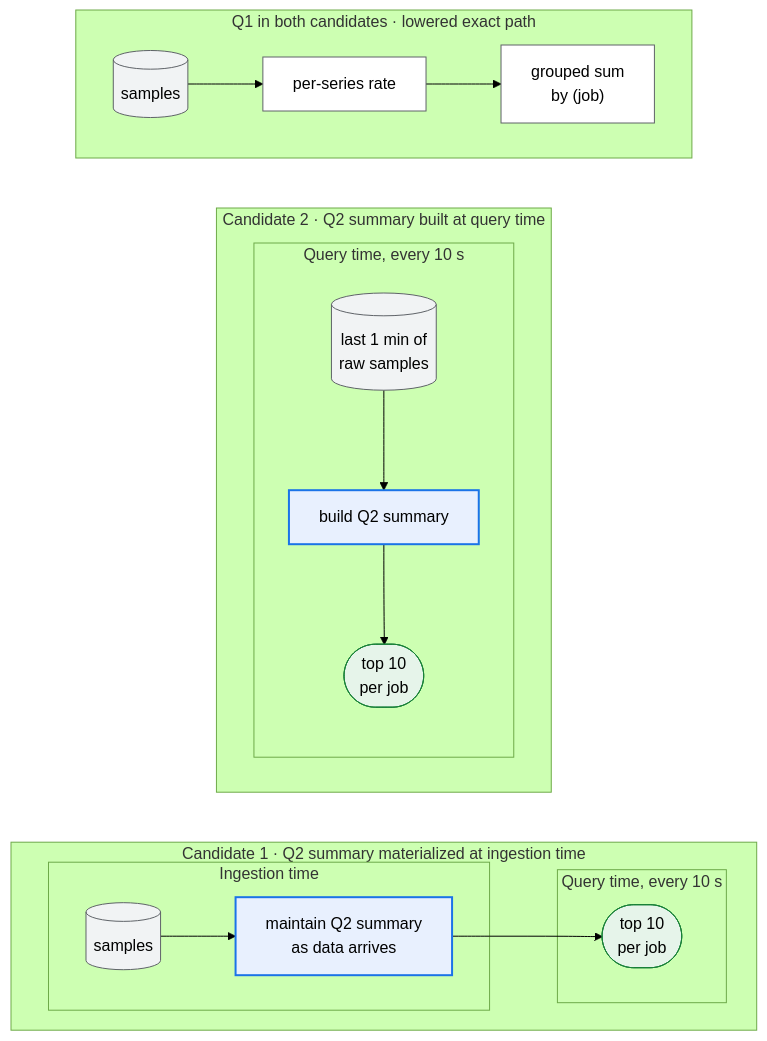
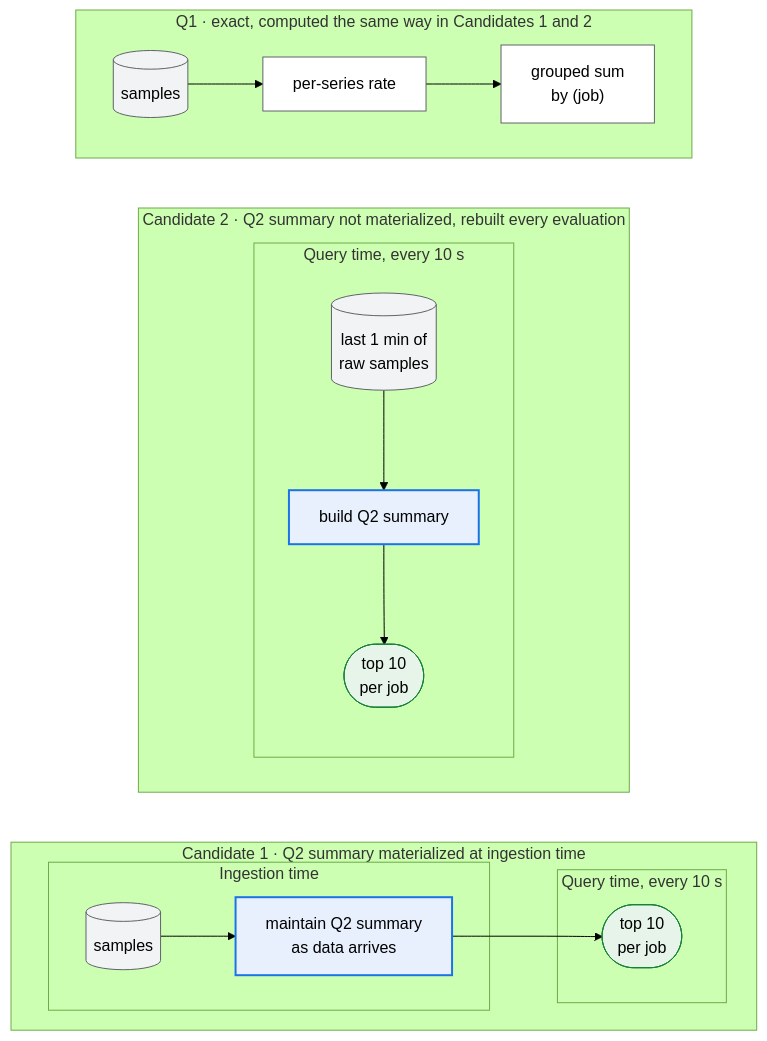
One commit to ProjectASAP/ASAPPlanner changed the fourth of 10 diagrams in docs/design_docs/proposals/planner-layering.md. Above: the diagram before and after it, drawn with Mermaid (forest theme). The commit also changed other lines of this file, not shown here.

````diff
--- a/docs/design_docs/proposals/planner-layering.md
+++ b/docs/design_docs/proposals/planner-layering.md
@@ -458,28 +460,28 @@
 ```mermaid
 flowchart LR
   subgraph C1["Candidate 1 · Q2 summary materialized at ingestion time"]
     direction LR
     subgraph C1I["Ingestion time"]
       s1[("samples")]:::data --> b1["maintain Q2 summary<br/>as data arrives"]:::summary
     end
     subgraph C1Q["Query time, every 10 s"]
       e1(["top 10<br/>per job"]):::estimate
     end
     b1 --> e1
   end
-  subgraph C2["Candidate 2 · Q2 summary built at query time"]
+  subgraph C2["Candidate 2 · Q2 summary not materialized, rebuilt every evaluation"]
     direction LR
     subgraph C2Q["Query time, every 10 s"]
       s2[("last 1 min of<br/>raw samples")]:::data --> b2["build Q2 summary"]:::summary --> e2(["top 10<br/>per job"]):::estimate
     end
   end
-  subgraph Q1L["Q1 in both candidates · lowered exact path"]
+  subgraph Q1L["Q1 · exact, computed the same way in Candidates 1 and 2"]
     direction LR
     s3[("samples")]:::data --> r3["per-series rate"]:::exact --> g3["grouped sum<br/>by (job)"]:::exact
   end
   classDef data fill:#f1f3f4,stroke:#5f6368,color:#000;
   classDef exact fill:#fff,stroke:#5f6368,color:#000;
   classDef summary fill:#e8f0fe,stroke:#1a73e8,stroke-width:2px,color:#000;
   classDef estimate fill:#e6f4ea,stroke:#188038,color:#000;
   classDef note fill:#fff,stroke:#9aa0a6,stroke-dasharray:4 3,color:#5f6368;
 ```
````
